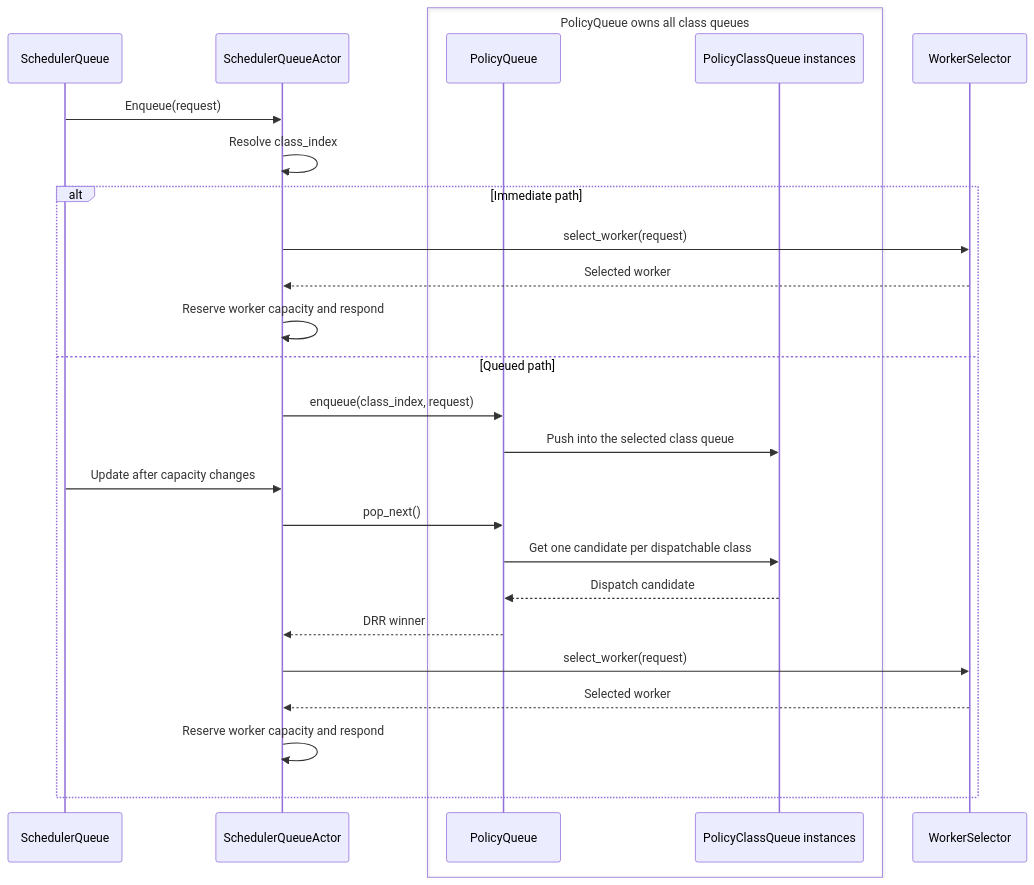
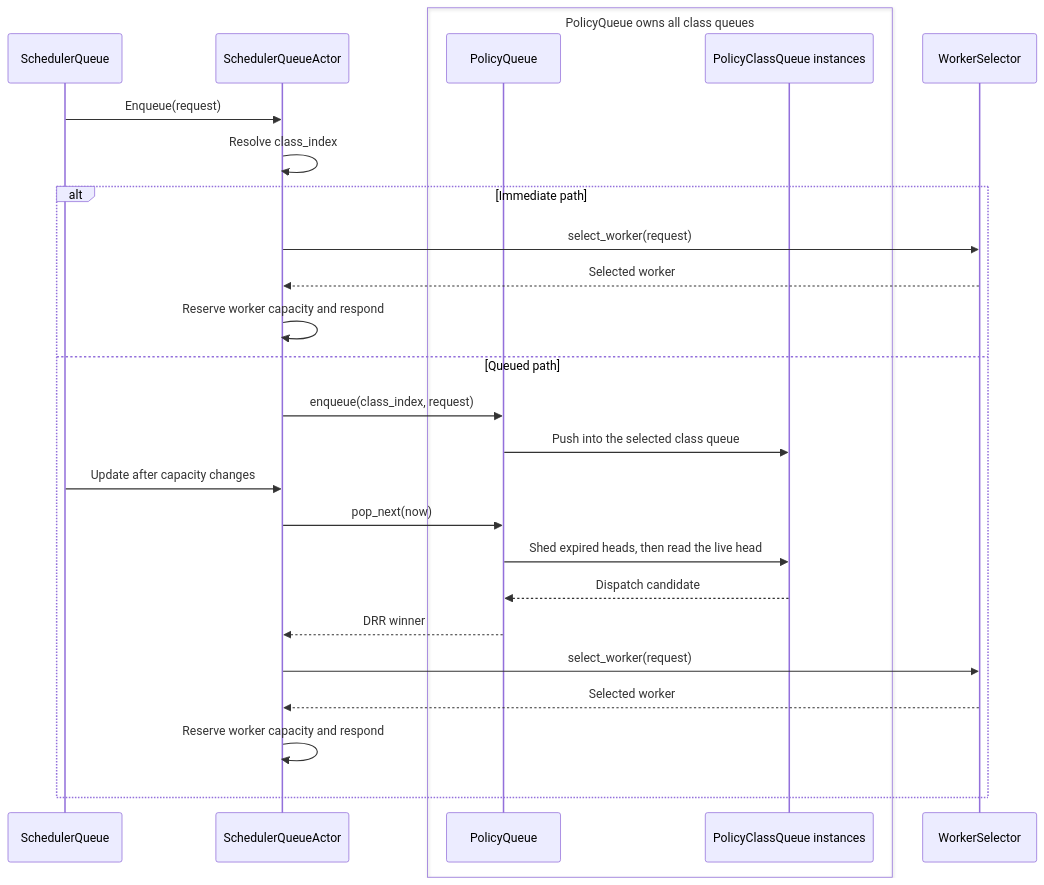
Before and after one commit to ai-dynamo/dynamo: the diagram in lib/kv-router/src/scheduling/CLAUDE.md, drawn with Mermaid. The commit also changed other lines of this file and 40 other files, not shown here.

````diff
--- a/lib/kv-router/src/scheduling/CLAUDE.md
+++ b/lib/kv-router/src/scheduling/CLAUDE.md
@@ -9,29 +9,29 @@
 ```mermaid
 sequenceDiagram
     participant H as SchedulerQueue
     participant A as SchedulerQueueActor
     box PolicyQueue owns all class queues
         participant P as PolicyQueue
         participant C as PolicyClassQueue instances
     end
     participant S as WorkerSelector
 
     H->>A: Enqueue(request)
     A->>A: Resolve class_index
     alt Immediate path
         A->>S: select_worker(request)
         S-->>A: Selected worker
         A->>A: Reserve worker capacity and respond
     else Queued path
         A->>P: enqueue(class_index, request)
         P->>C: Push into the selected class queue
         H->>A: Update after capacity changes
-        A->>P: pop_next()
-        P->>C: Get one candidate per dispatchable class
+        A->>P: pop_next(now)
+        P->>C: Shed expired heads, then read the live head
         C-->>P: Dispatch candidate
         P-->>A: DRR winner
         A->>S: select_worker(request)
         S-->>A: Selected worker
         A->>A: Reserve worker capacity and respond
     end
 ```
````
